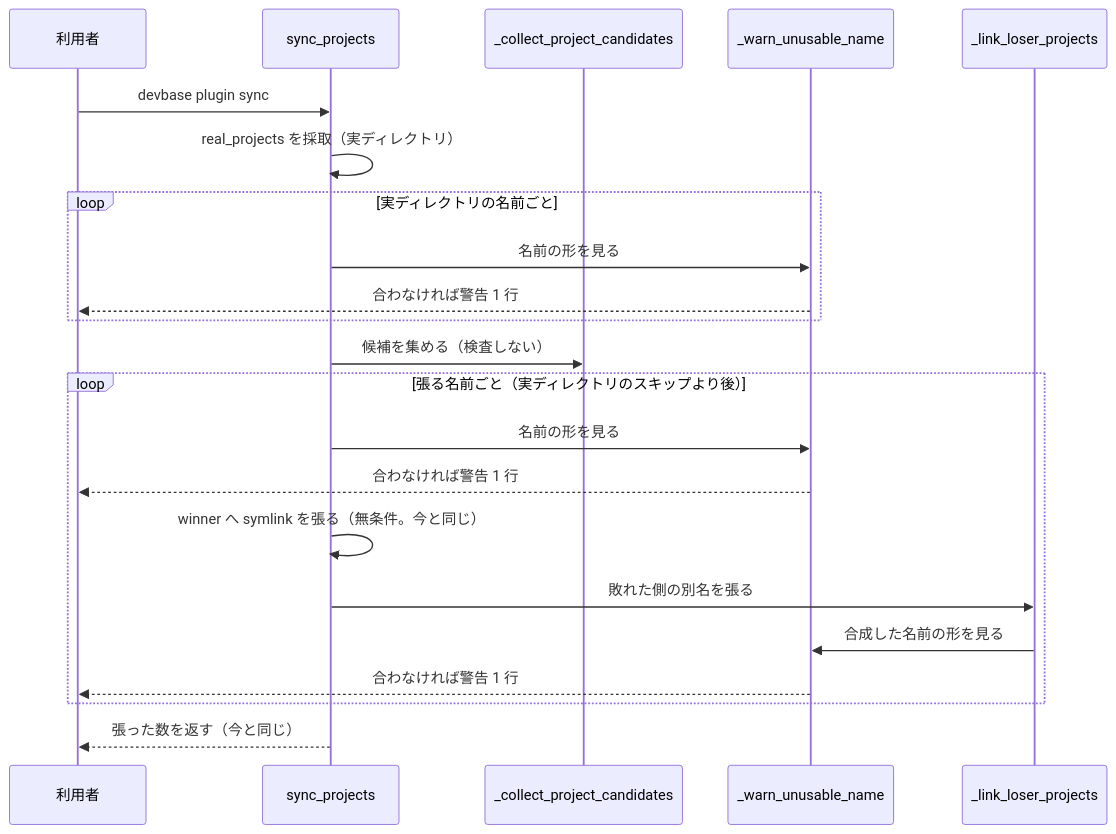
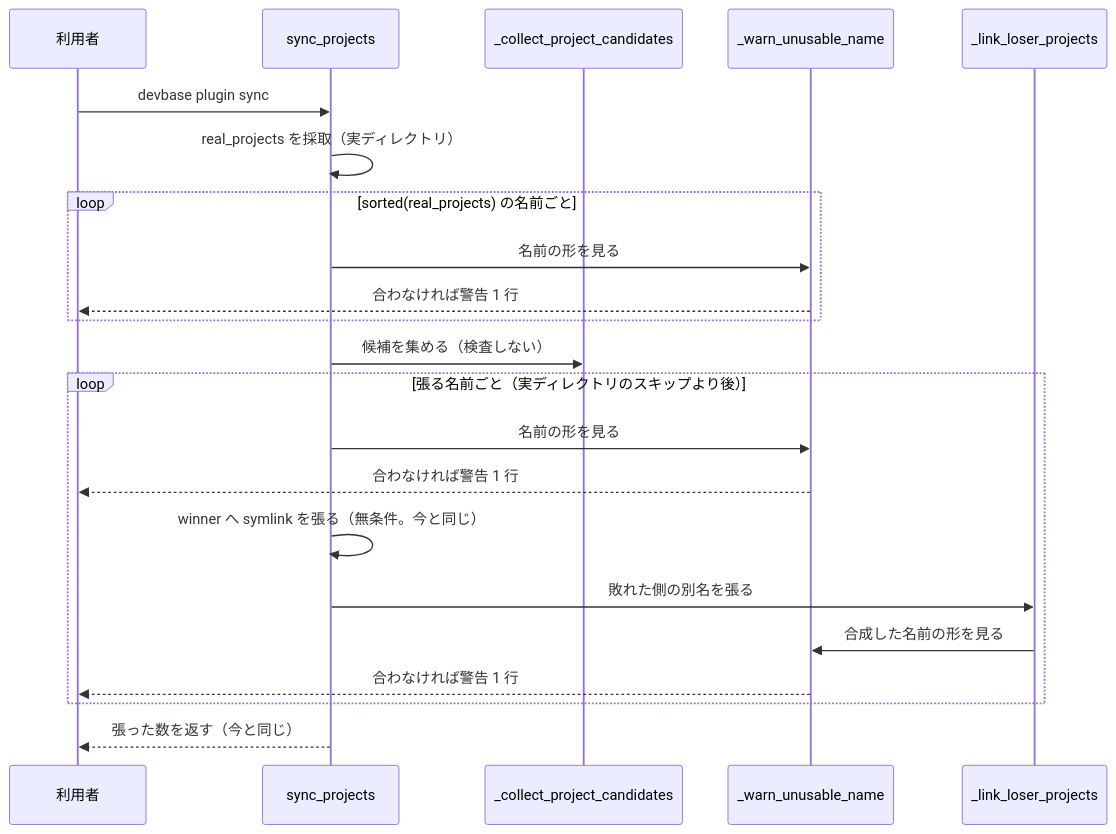
One commit to devbasex/devbase changed the third of 3 diagrams in issues/PLAN66_project-name-validation-design.md. Above: the diagram before and after it, drawn with Mermaid. The commit also changed other lines of this file and 1 other file, not shown here.

````diff
--- a/issues/PLAN66_project-name-validation-design.md
+++ b/issues/PLAN66_project-name-validation-design.md
@@ -90,24 +90,24 @@
 ```mermaid
 sequenceDiagram
     participant U as 利用者
     participant S as sync_projects
     participant C as _collect_project_candidates
     participant W as _warn_unusable_name
     participant L as _link_loser_projects
     U->>S: devbase plugin sync
     S->>S: real_projects を採取（実ディレクトリ）
-    loop 実ディレクトリの名前ごと
+    loop sorted(real_projects) の名前ごと
         S->>W: 名前の形を見る
         W-->>U: 合わなければ警告 1 行
     end
     S->>C: 候補を集める（検査しない）
     loop 張る名前ごと（実ディレクトリのスキップより後）
         S->>W: 名前の形を見る
         W-->>U: 合わなければ警告 1 行
         S->>S: winner へ symlink を張る（無条件。今と同じ）
         S->>L: 敗れた側の別名を張る
         L->>W: 合成した名前の形を見る
         W-->>U: 合わなければ警告 1 行
     end
     S-->>U: 張った数を返す（今と同じ）
 ```
````
